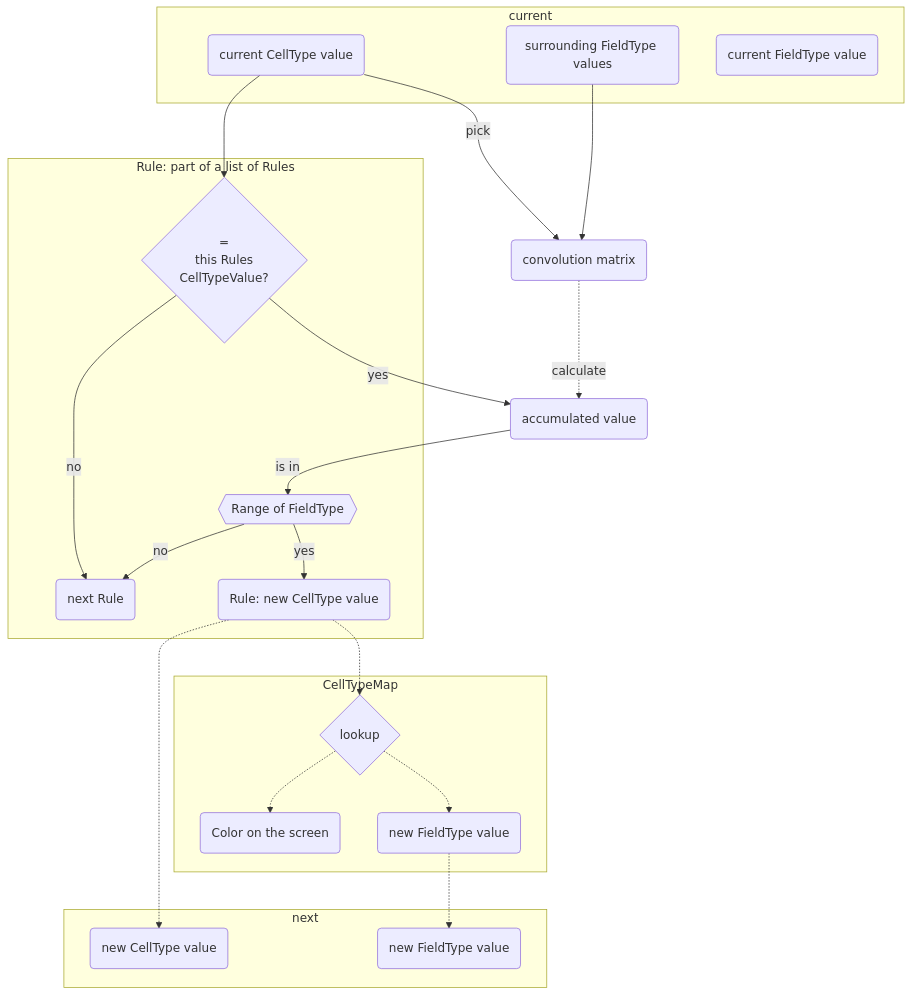
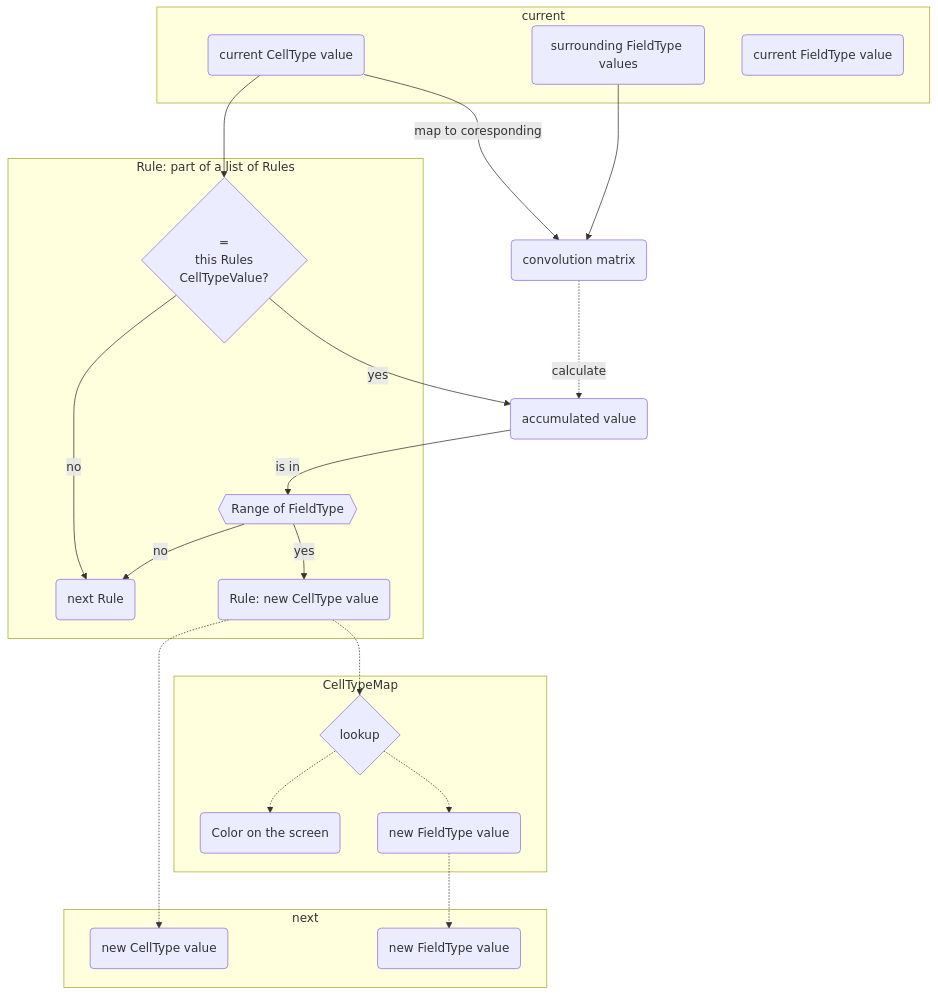
Before and after one commit to sphereflow/rugol: the diagram in README.md, drawn with Mermaid. The commit also changed other lines of this file, not shown here.

````diff
--- a/README.md
+++ b/README.md
@@ -10,35 +20,35 @@
 ```mermaid
 graph TD
     conv(convolution matrix)
     acv(accumulated value)
     sctv-->conv
-    cctv-->|pick|conv-.->|calculate|acv
+    cctv-->|map to coresponding|conv-.->|calculate|acv
     cctv-->matches
     acv-->|is in|r
     
     subgraph current
         cctv(current CellType value)
         ftv(current FieldType value)
         sctv(surrounding FieldType values)
     end
 
     subgraph ctm [CellTypeMap]
         ctm_lookup{lookup}
         color(Color on the screen)
         nftv(new FieldType value)
         ctm_lookup -.-> color & nftv
     end
     r-->|no|nextrule
     matches{=<br> this Rules<br> CellTypeValue?}-->|yes|acv
     subgraph Rule [Rule: part of a list of Rules]
         matches-->|no|nextrule(next Rule)
         nctv(Rule: new CellType value)-.->ctm_lookup
         r{{Range of FieldType}}-->|yes|nctv
     end
     subgraph next
         nnctv(new CellType value)
         nnftv(new FieldType value)
         nctv-.->nnctv
         nftv-.->nnftv
     end
 ```
````
